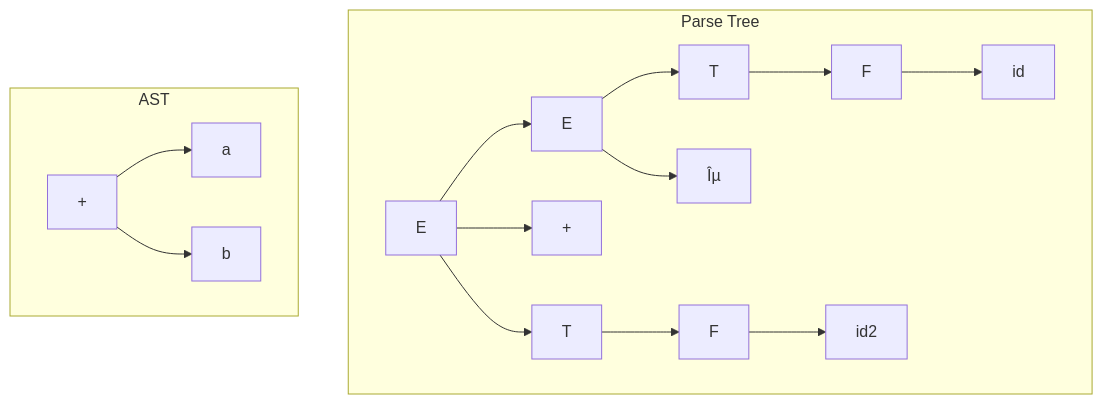
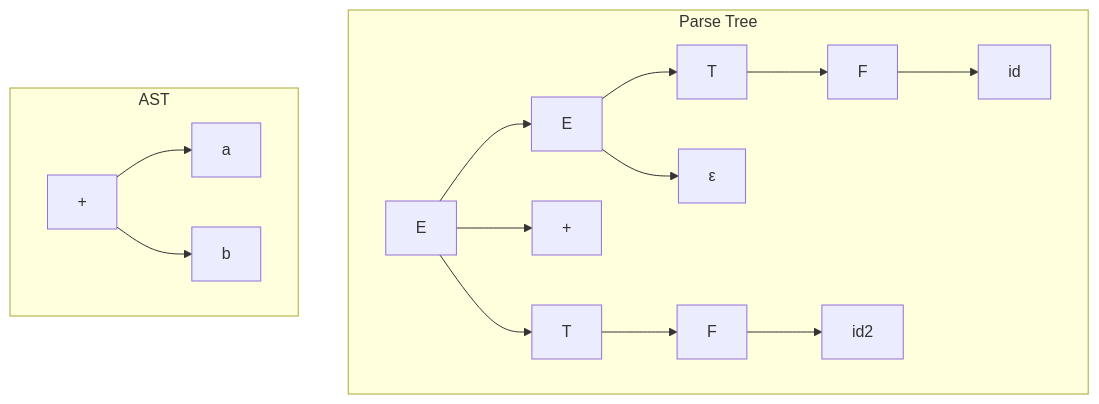
One commit to Raushan666java/ai-engineering-journey changed the fifth of 7 diagrams in docs/courses/gate-cs-preparation/24-gate-2024-solved.md. Above: the diagram before and after it, drawn with Mermaid. The commit also changed other lines of this file and 57 other files, not shown here.

````diff
--- a/docs/courses/gate-cs-preparation/24-gate-2024-solved.md
+++ b/docs/courses/gate-cs-preparation/24-gate-2024-solved.md
@@ -1573,18 +1573,18 @@
 ```mermaid
 graph TD
     subgraph "Parse Tree"
         E1[E] --> E2[E]
         E1 --> PLUS[+]
         E1 --> T1[T]
         E2 --> T2[T]
-        E2 --> E3[Îµ]
+        E2 --> E3[ε]
         T2 --> F[F]
         F --> id1[id]
         T1 --> F1[F]
         F1 --> id2[id2]
     end
     subgraph "AST"
         PLUS1[+] --> id3[a]
         PLUS1 --> id4[b]
     end
 ```
````
